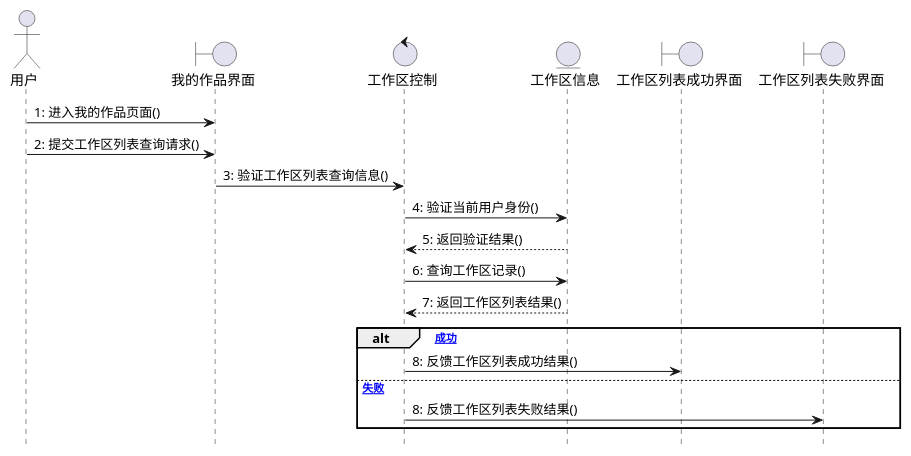
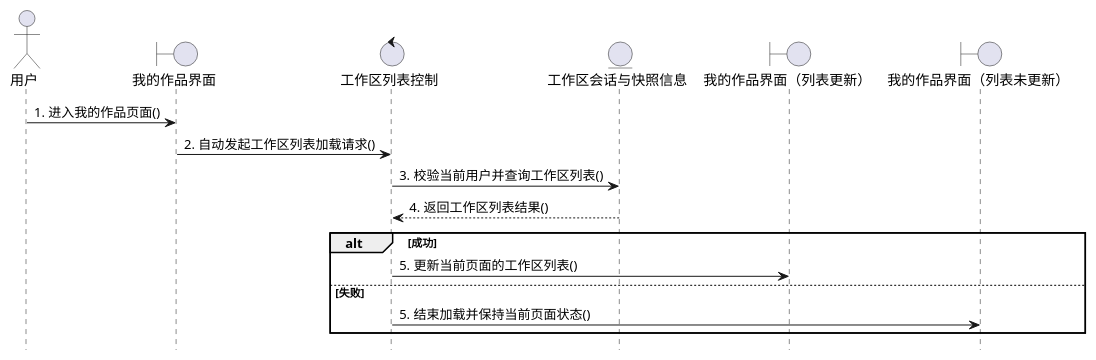
One commit to LyferLu/Artie changed diagram 11 of 16 in doc/paper.md. Above: the diagram before and after it, drawn with PlantUML. The commit also changed other lines of this file, not shown here.

````diff
--- a/doc/paper.md
+++ b/doc/paper.md
@@ -970,24 +993,21 @@
 ```plantuml
 @startuml
 hide footbox
 actor 用户
 boundary "我的作品界面" as B9
-control "工作区控制" as C9
-entity "工作区信息" as E9
-boundary "工作区列表成功界面" as BS9
-boundary "工作区列表失败界面" as BF9
+control "工作区列表控制" as C9
+entity "工作区会话与快照信息" as E9
+boundary "我的作品界面（列表更新）" as BS9
+boundary "我的作品界面（列表未更新）" as BF9
 
-用户 -> B9 : 1: 进入我的作品页面()
-用户 -> B9 : 2: 提交工作区列表查询请求()
-B9 -> C9 : 3: 验证工作区列表查询信息()
-C9 -> E9 : 4: 验证当前用户身份()
-E9 --> C9 : 5: 返回验证结果()
-C9 -> E9 : 6: 查询工作区记录()
-E9 --> C9 : 7: 返回工作区列表结果()
-alt [成功]
-  C9 -> BS9 : 8: 反馈工作区列表成功结果()
-else [失败]
-  C9 -> BF9 : 8: 反馈工作区列表失败结果()
+用户 -> B9 : 1. 进入我的作品页面()
+B9 -> C9 : 2. 自动发起工作区列表加载请求()
+C9 -> E9 : 3. 校验当前用户并查询工作区列表()
+E9 --> C9 : 4. 返回工作区列表结果()
+alt 成功
+  C9 -> BS9 : 5. 更新当前页面的工作区列表()
+else 失败
+  C9 -> BF9 : 5. 结束加载并保持当前页面状态()
 end
 @enduml
 ```
````
